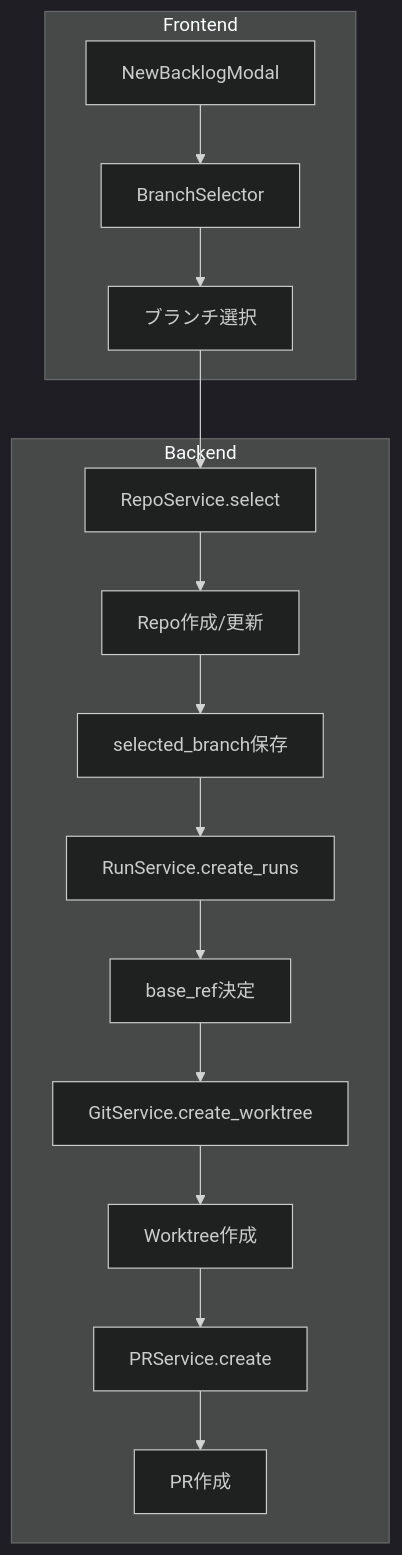
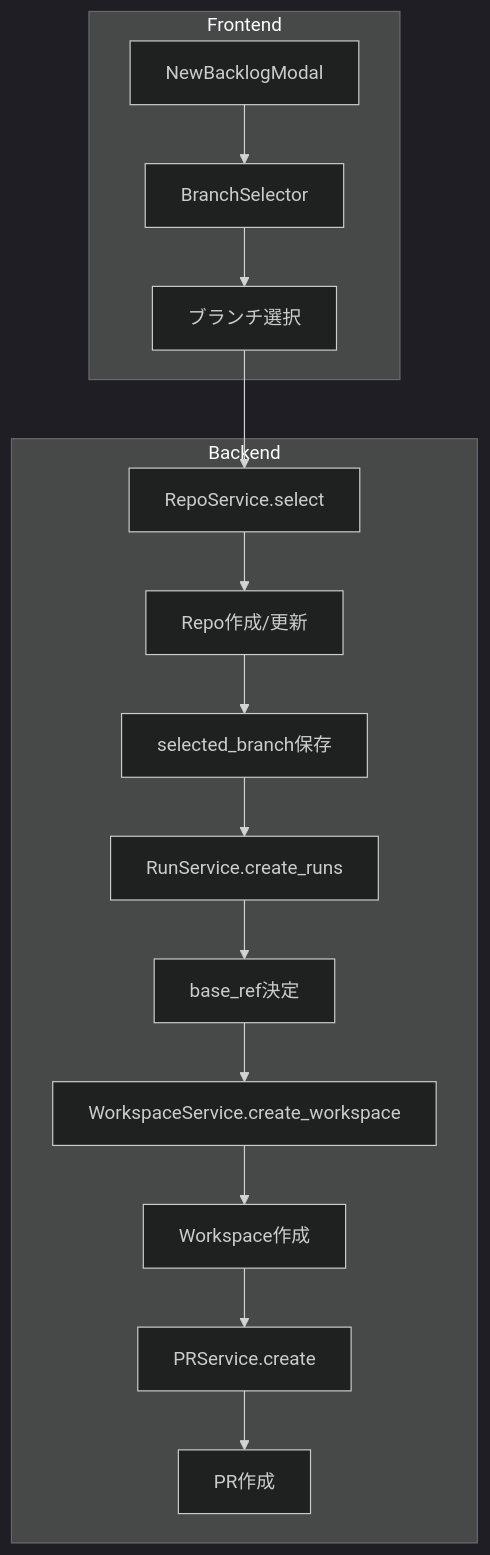
One commit to hampen2929/zloth changed the first of 7 diagrams in docs/branch_worktree.md. Above: the diagram before and after it, drawn with Mermaid (dark theme). The commit also changed other lines of this file and 3 other files, not shown here.

````diff
--- a/docs/branch_worktree.md
+++ b/docs/branch_worktree.md
@@ -9,22 +12,22 @@
 ```mermaid
 flowchart TB
     subgraph Frontend
         A[NewBacklogModal] --> B[BranchSelector]
         B --> C[ブランチ選択]
     end
 
     subgraph Backend
         D[RepoService.select] --> E[Repo作成/更新]
         E --> F[selected_branch保存]
 
         G[RunService.create_runs] --> H[base_ref決定]
-        H --> I[GitService.create_worktree]
-        I --> J[Worktree作成]
+        H --> I[WorkspaceService.create_workspace]
+        I --> J[Workspace作成]
 
         K[PRService.create] --> L[PR作成]
     end
 
     C --> D
     F --> G
     J --> K
 ```
````
